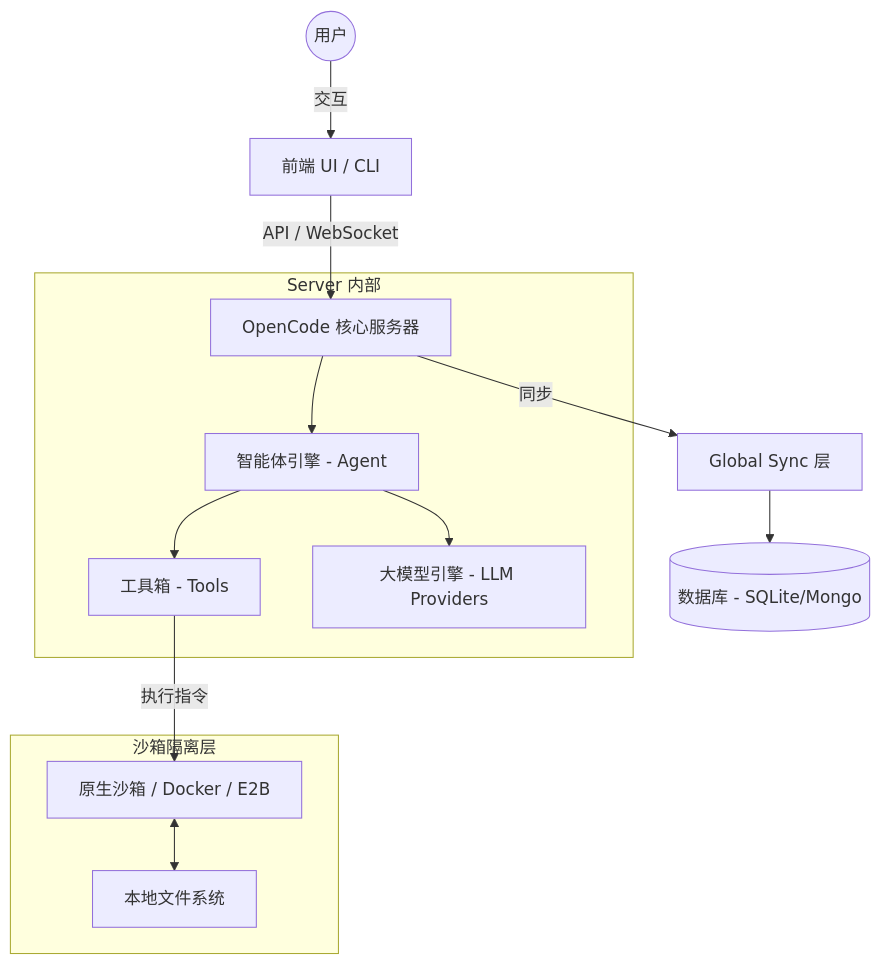
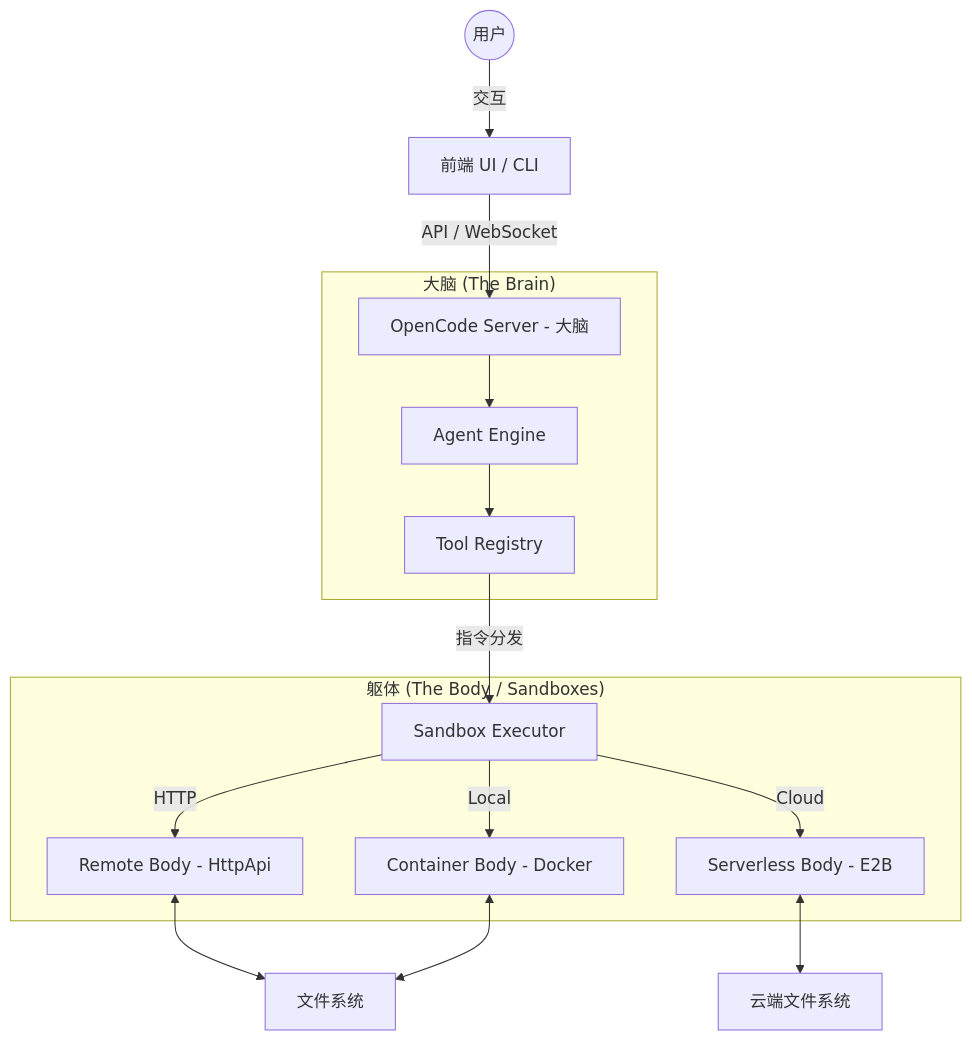
Before and after one commit to 147qaz258-ead/opencode-ref: the diagram in README_CN.md, drawn with Mermaid. The commit also changed other lines of this file and 1 other file, not shown here.

Commit message:
docs: formalize Brain-Body architecture and add feature details in EN/CN

````diff
--- a/README_CN.md
+++ b/README_CN.md
@@ -20,19 +20,21 @@
 ```mermaid
 graph TD
     User((用户)) -->|交互| UI[前端 UI / CLI]
-    UI -->|API / WebSocket| Server[OpenCode 核心服务器]
+    UI -->|API / WebSocket| Brain[OpenCode Server - 大脑]
 
-    subgraph "Server 内部"
-        Server --> Agent[智能体引擎 - Agent]
-        Agent --> Tool[工具箱 - Tools]
-        Agent --> Brain[大模型引擎 - LLM Providers]
+    subgraph "大脑 (The Brain)"
+        Brain --> Agent[Agent Engine]
+        Agent --> ToolSet[Tool Registry]
     end
 
-    subgraph "沙箱隔离层"
-        Tool -->|执行指令| Sandbox[原生沙箱 / Docker / E2B]
-        Sandbox <--> LocalFS[本地文件系统]
+    subgraph "躯体 (The Body / Sandboxes)"
+        ToolSet -->|指令分发| Executor[Sandbox Executor]
+        Executor -->|HTTP| HttpBody[Remote Body - HttpApi]
+        Executor -->|Local| DockerBody[Container Body - Docker]
+        Executor -->|Cloud| E2BBody[Serverless Body - E2B]
     end
 
-    Server -->|同步| Sync[Global Sync 层]
-    Sync --> DB[(数据库 - SQLite/Mongo)]
+    HttpBody <--> LocalFS[文件系统]
+    DockerBody <--> LocalFS
+    E2BBody <--> CloudFS[云端文件系统]
 ```
````
